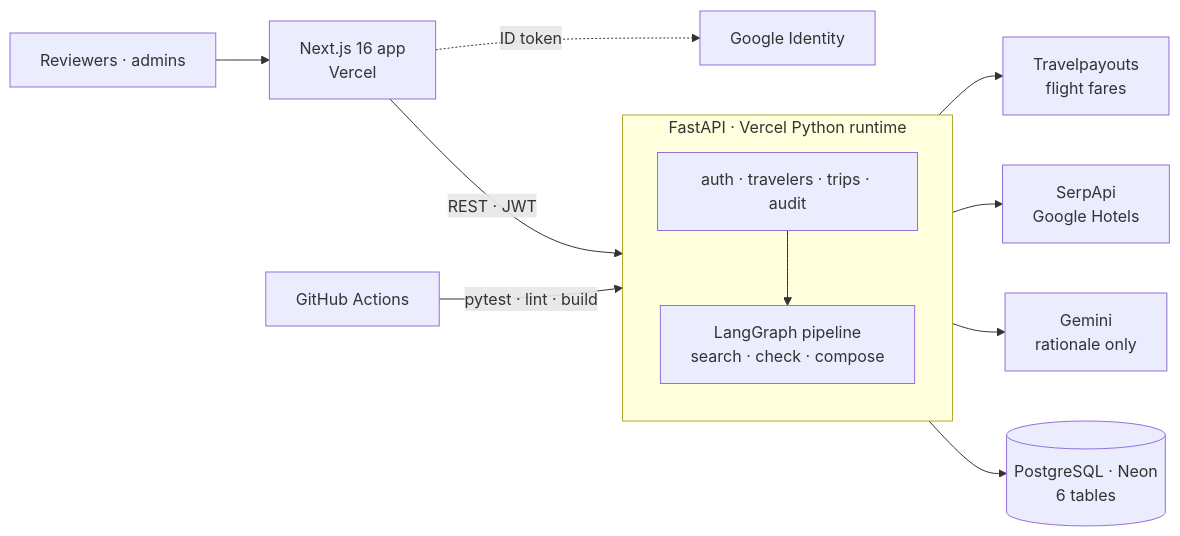
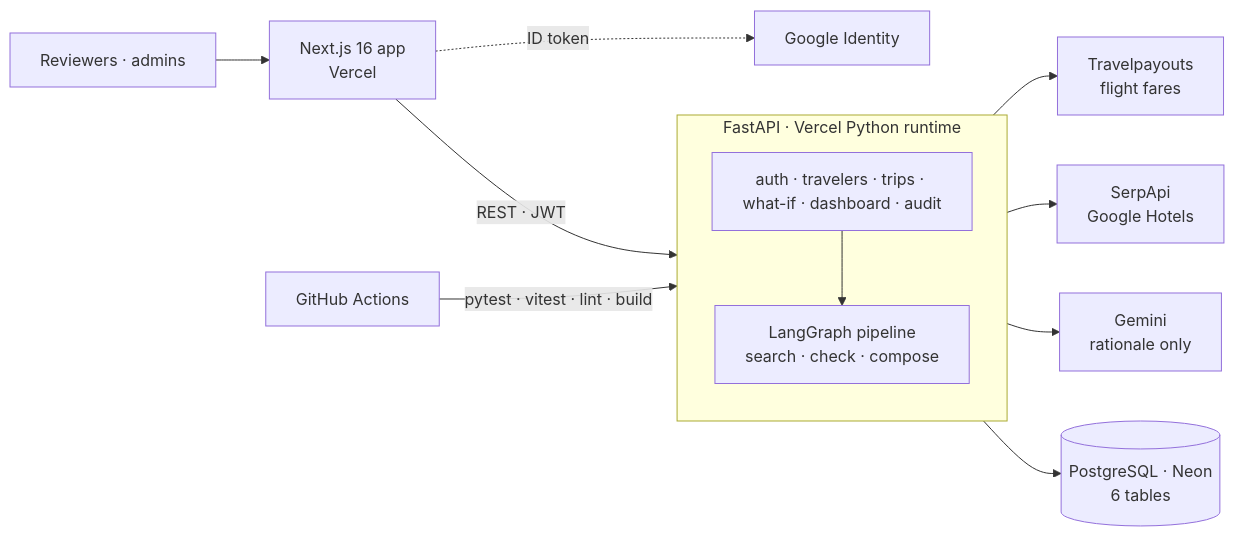
One commit to bhuvan-somisetty/AI-Trip-Optimizer changed the second of 2 diagrams in README.md. Above: the diagram before and after it, drawn with Mermaid. The commit also changed other lines of this file and 15 other files, not shown here.

````diff
--- a/README.md
+++ b/README.md
@@ -164,15 +170,15 @@
 ```mermaid
 flowchart LR
     U[Reviewers · admins] --> FE[Next.js 16 app<br/>Vercel]
     FE -- "REST · JWT" --> API
     FE -. "ID token" .-> GI[Google Identity]
     subgraph API["FastAPI · Vercel Python runtime"]
         direction TB
-        AU[auth · travelers · trips · audit] --> PL[LangGraph pipeline<br/>search · check · compose]
+        AU[auth · travelers · trips · what-if · dashboard · audit] --> PL[LangGraph pipeline<br/>search · check · compose]
     end
     API --> PG[(PostgreSQL · Neon<br/>6 tables)]
     PL --> TP[Travelpayouts<br/>flight fares]
     PL --> SA[SerpApi<br/>Google Hotels]
     PL --> GM[Gemini<br/>rationale only]
-    GH[GitHub Actions] -- "pytest · lint · build" --> API
+    GH[GitHub Actions] -- "pytest · vitest · lint · build" --> API
 ```
````
